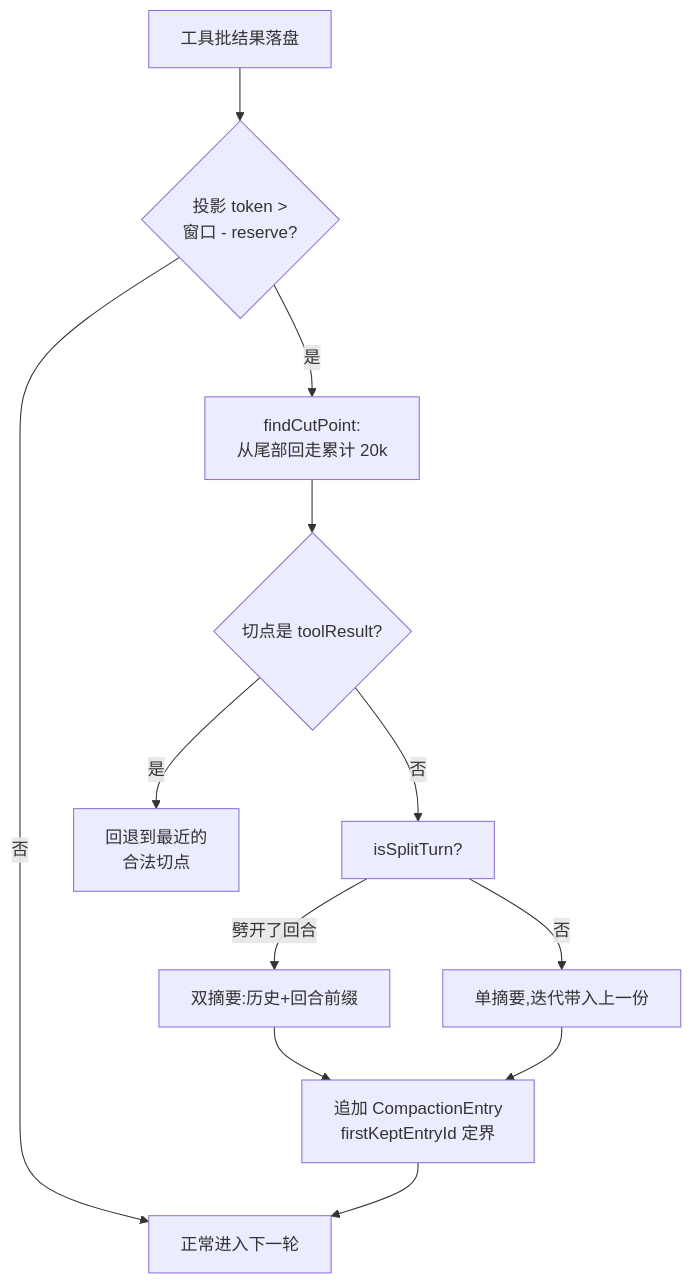
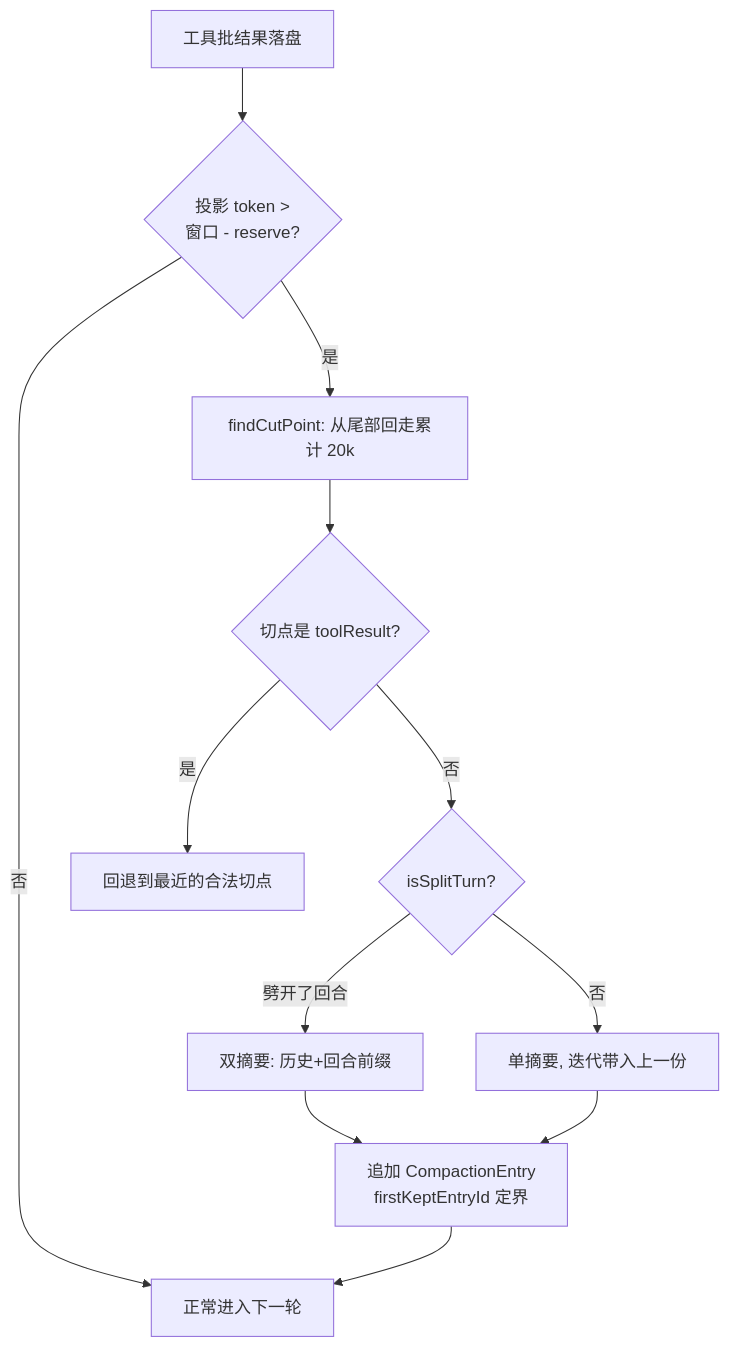
The third of 7 diagrams in src/content/articles/personal-blog/pi-agent-nb.md (arkhorizon/blob), drawn with Mermaid before and after one commit. The commit also changed other lines of this file, not shown here.

````diff
--- a/src/content/articles/personal-blog/pi-agent-nb.md
+++ b/src/content/articles/personal-blog/pi-agent-nb.md
@@ -277,14 +217,14 @@
 ```mermaid
 flowchart TD
-    A[工具批结果落盘] --> B{投影 token ><br/>窗口 - reserve?}
+    A[工具批结果落盘] --> B{"投影 token ><br/>窗口 - reserve?"}
     B -->|否| C[正常进入下一轮]
-    B -->|是| D[findCutPoint:<br/>从尾部回走累计 20k]
+    B -->|是| D["findCutPoint: 从尾部回走累计 20k"]
     D --> E{切点是 toolResult?}
-    E -->|是| F[回退到最近的<br/>合法切点]
-    E -->|否| G[isSplitTurn?]
-    G -->|劈开了回合| H[双摘要:历史+回合前缀]
-    G -->|否| I[单摘要,迭代带入上一份]
-    H --> J[追加 CompactionEntry<br/>firstKeptEntryId 定界]
+    E -->|是| F[回退到最近的合法切点]
+    E -->|否| G{isSplitTurn?}
+    G -->|劈开了回合| H[双摘要: 历史+回合前缀]
+    G -->|否| I[单摘要, 迭代带入上一份]
+    H --> J["追加 CompactionEntry<br/>firstKeptEntryId 定界"]
     I --> J
     J --> C
 ```
````
